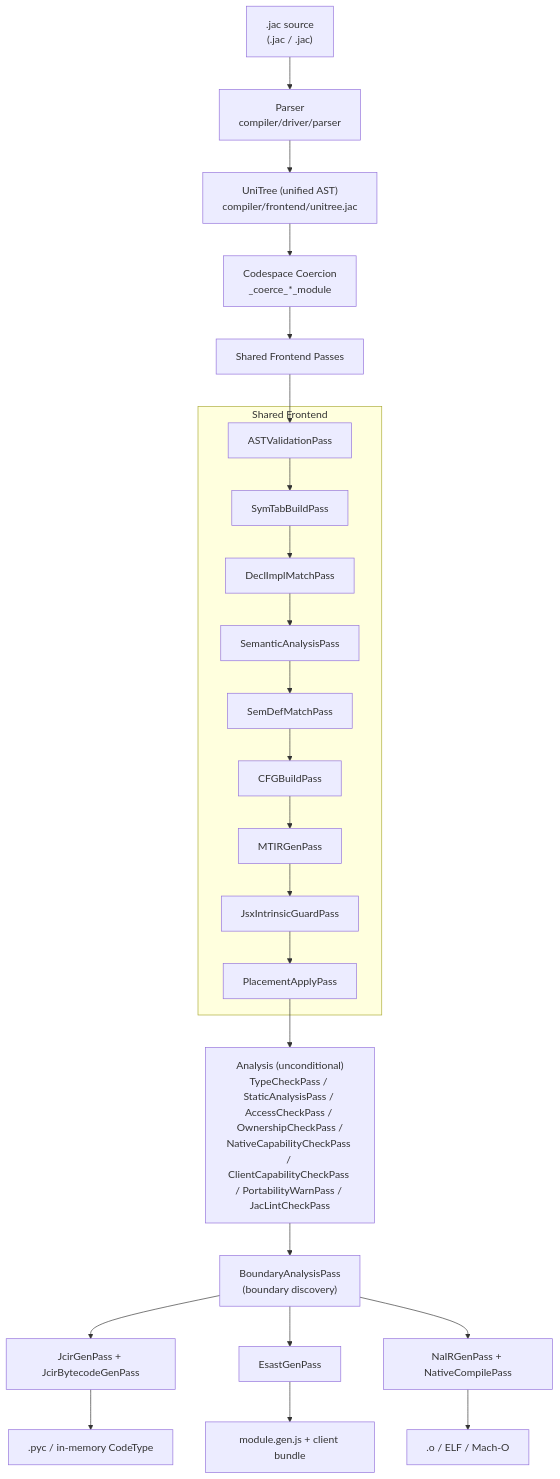
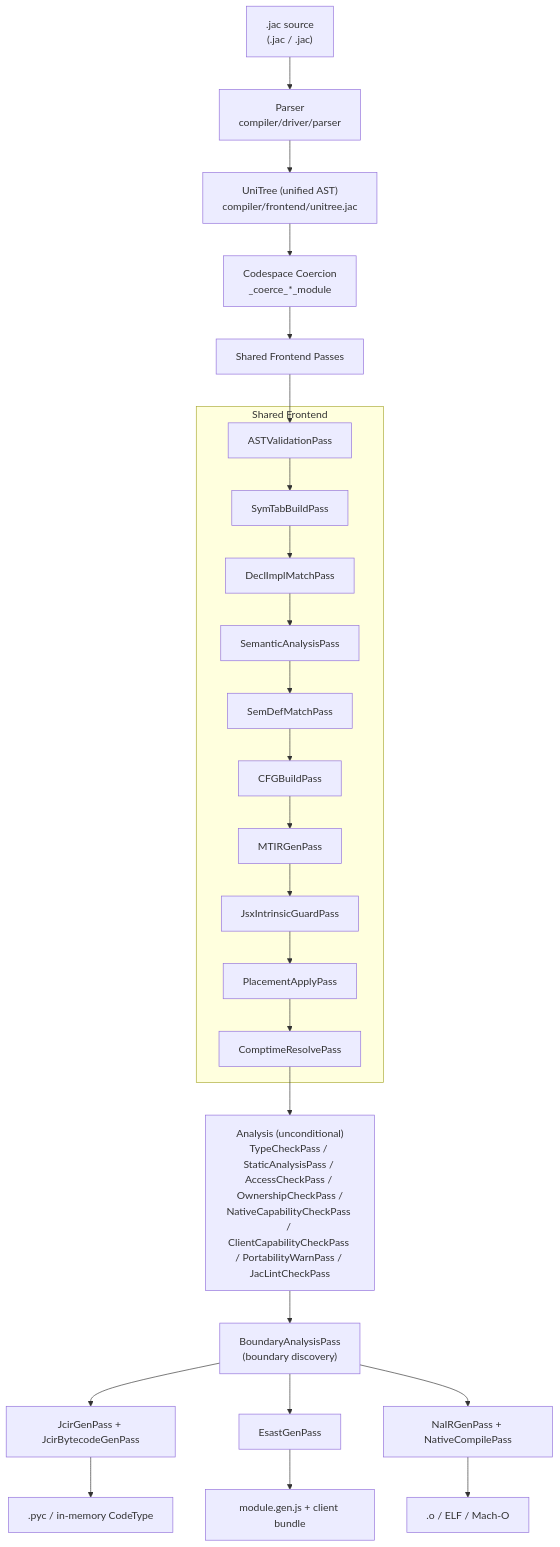
One commit to chess10kp/jaseci changed the second of 3 diagrams in jac/jaclang/cli/docs/internals/compiler_architecture.md. Above: the diagram before and after it, drawn with Mermaid. The commit also changed other lines of this file and 2571 other files, not shown here.

````diff
--- a/jac/jaclang/cli/docs/internals/compiler_architecture.md
+++ b/jac/jaclang/cli/docs/internals/compiler_architecture.md
@@ -98,30 +98,31 @@
 ```mermaid
 graph TD
     SRC[".jac source<br/>(.jac / .jac)"] --> PARSE[Parser<br/>compiler/driver/parser]
     PARSE --> UNI["UniTree (unified AST)<br/>compiler/frontend/unitree.jac"]
     UNI --> COERCE["Codespace Coercion<br/>_coerce_*_module"]
     COERCE --> FRONTEND[Shared Frontend Passes]
 
     subgraph FRONTEND_PASSES["Shared Frontend"]
         FE1[ASTValidationPass]
         FE2[SymTabBuildPass]
         FE3[DeclImplMatchPass]
         FE4[SemanticAnalysisPass]
         FE5[SemDefMatchPass]
         FE6[CFGBuildPass]
         FE7[MTIRGenPass]
         FE8[JsxIntrinsicGuardPass]
         FE9[PlacementApplyPass]
+        FE10[ComptimeResolvePass]
     end
 
-    FRONTEND --> FE1 --> FE2 --> FE3 --> FE4 --> FE5 --> FE6 --> FE7 --> FE8 --> FE9
-    FE9 --> TYPECK["Analysis (unconditional)<br/>TypeCheckPass / StaticAnalysisPass / AccessCheckPass / OwnershipCheckPass /<br/>NativeCapabilityCheckPass / ClientCapabilityCheckPass / PortabilityWarnPass / JacLintCheckPass"]
+    FRONTEND --> FE1 --> FE2 --> FE3 --> FE4 --> FE5 --> FE6 --> FE7 --> FE8 --> FE9 --> FE10
+    FE10 --> TYPECK["Analysis (unconditional)<br/>TypeCheckPass / StaticAnalysisPass / AccessCheckPass / OwnershipCheckPass /<br/>NativeCapabilityCheckPass / ClientCapabilityCheckPass / PortabilityWarnPass / JacLintCheckPass"]
     TYPECK --> INTEROP["BoundaryAnalysisPass<br/>(boundary discovery)"]
     INTEROP --> SV[JcirGenPass + JcirBytecodeGenPass]
     INTEROP --> CL[EsastGenPass]
     INTEROP --> NA[NaIRGenPass + NativeCompilePass]
 
     SV --> SVOUT[".pyc / in-memory CodeType"]
     CL --> CLOUT["module.gen.js + client bundle"]
     NA --> NAOUT[".o / ELF / Mach-O"]
 ```
````
